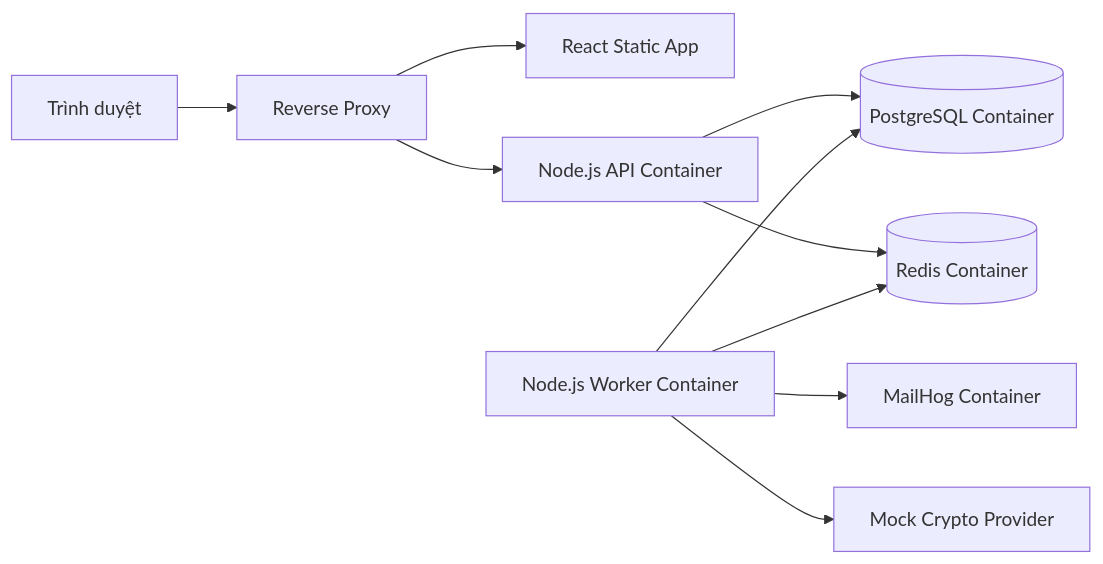
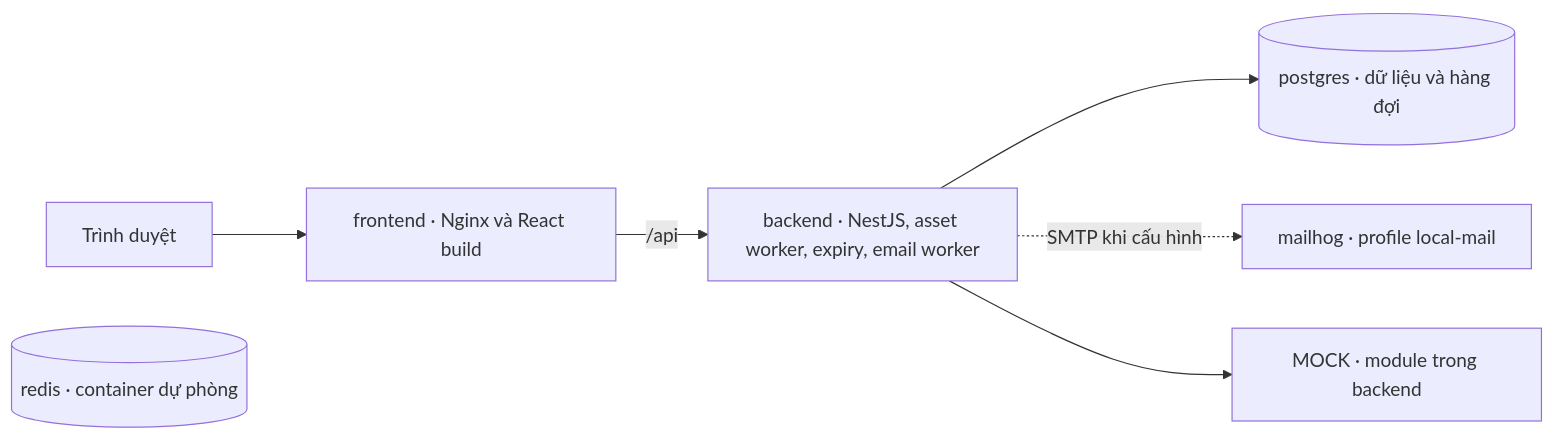
The seventh of 7 diagrams in 02_so_do_he_thong_tong_quat.md (Eyblcat12/Cryta), drawn with Mermaid before and after one commit. The commit also changed other lines of this file and 356 other files, not shown here.

````diff
--- a/02_so_do_he_thong_tong_quat.md
+++ b/02_so_do_he_thong_tong_quat.md
@@ -288,14 +297,9 @@
 ```mermaid
 flowchart LR
-    USER["Trình duyệt"] --> RP["Reverse Proxy"]
-    RP --> WEB["React Static App"]
-    RP --> API["Node.js API Container"]
-
-    API --> PG[("PostgreSQL Container")]
-    API --> REDIS[("Redis Container")]
-
-    WORKER["Node.js Worker Container"] --> PG
-    WORKER --> REDIS
-    WORKER --> MAIL["MailHog Container"]
-    WORKER --> MOCK["Mock Crypto Provider"]
+    USER["Trình duyệt"] --> RP["frontend · Nginx và React build"]
+    RP -->|"/api"| API["backend · NestJS, asset worker, expiry, email worker"]
+    API --> PG[("postgres · dữ liệu và hàng đợi")]
+    API -.->|"SMTP khi cấu hình"| MAIL["mailhog · profile local-mail"]
+    API --> MOCK["MOCK · module trong backend"]
+    REDIS[("redis · container dự phòng")]
 ```
````
